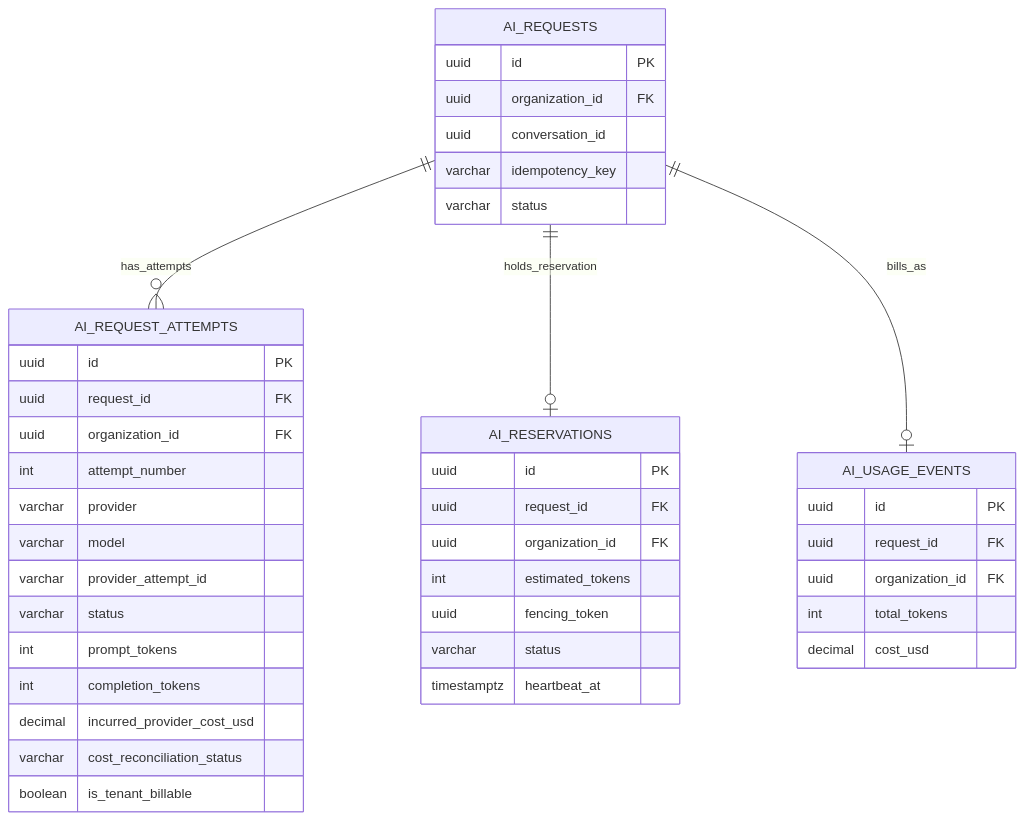
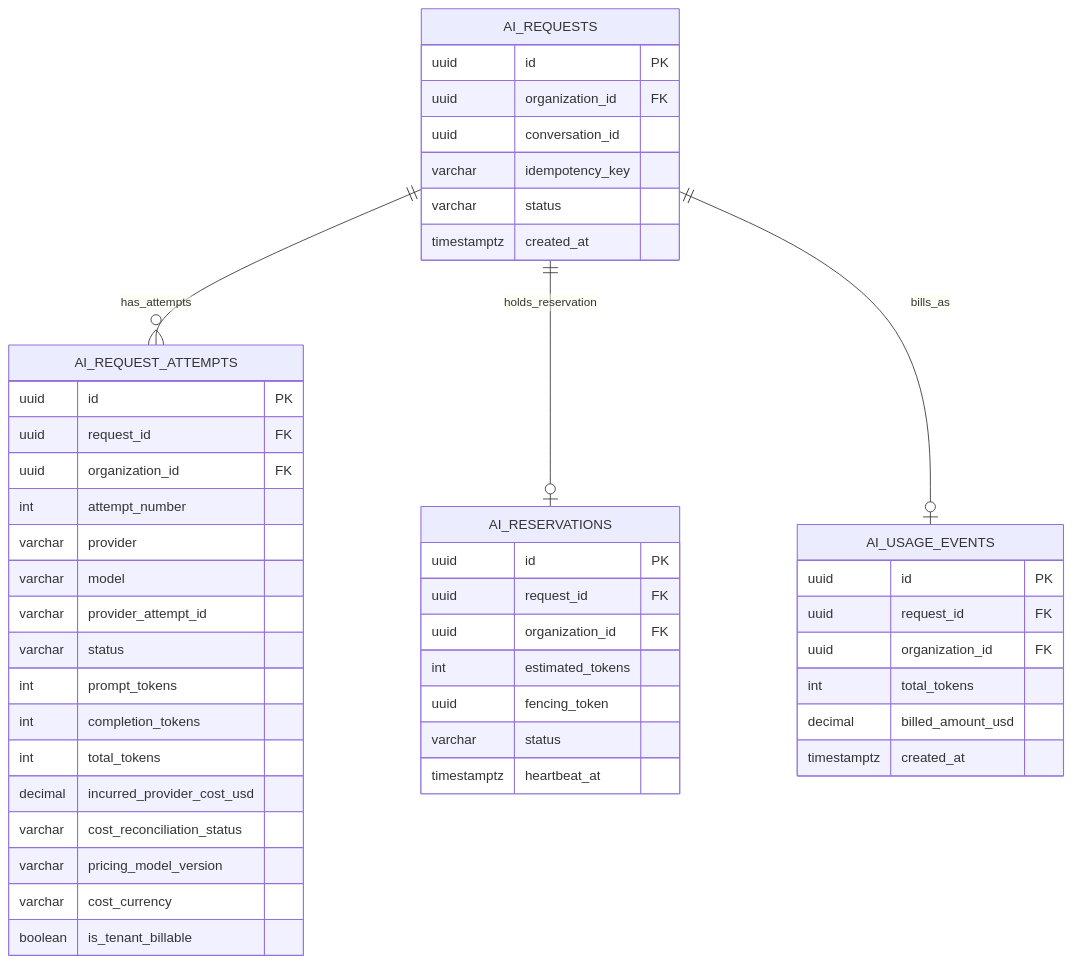
The fourth of 5 diagrams in docs/ARCHITECTURE.md (HarshParyani33/orbit), drawn with Mermaid before and after one commit. The commit also changed other lines of this file, not shown here.

Commit message:
docs: update architecture specification v1.1.2

````diff
--- a/docs/ARCHITECTURE.md
+++ b/docs/ARCHITECTURE.md
@@ -433,48 +545,53 @@
 ```mermaid
 erDiagram
     AI_REQUESTS ||--o{ AI_REQUEST_ATTEMPTS : has_attempts
     AI_REQUESTS ||--o| AI_RESERVATIONS : holds_reservation
     AI_REQUESTS ||--o| AI_USAGE_EVENTS : bills_as
 
     AI_REQUESTS {
         uuid id PK
         uuid organization_id FK
         uuid conversation_id
         varchar idempotency_key
         varchar status
+        timestamptz created_at
     }
 
     AI_REQUEST_ATTEMPTS {
         uuid id PK
         uuid request_id FK
         uuid organization_id FK
         int attempt_number
         varchar provider
         varchar model
         varchar provider_attempt_id
         varchar status
         int prompt_tokens
         int completion_tokens
+        int total_tokens
         decimal incurred_provider_cost_usd
         varchar cost_reconciliation_status
+        varchar pricing_model_version
+        varchar cost_currency
         boolean is_tenant_billable
     }
 
     AI_RESERVATIONS {
         uuid id PK
         uuid request_id FK
         uuid organization_id FK
         int estimated_tokens
         uuid fencing_token
         varchar status
         timestamptz heartbeat_at
     }
 
     AI_USAGE_EVENTS {
         uuid id PK
         uuid request_id FK
         uuid organization_id FK
         int total_tokens
-        decimal cost_usd
+        decimal billed_amount_usd
+        timestamptz created_at
     }
 ```
````
